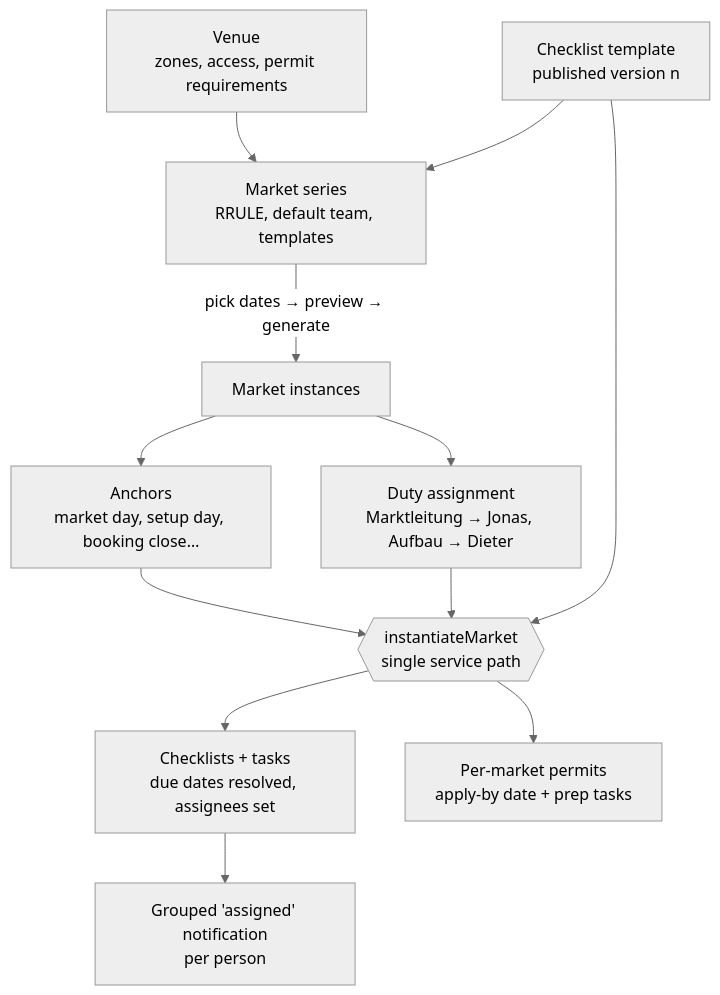
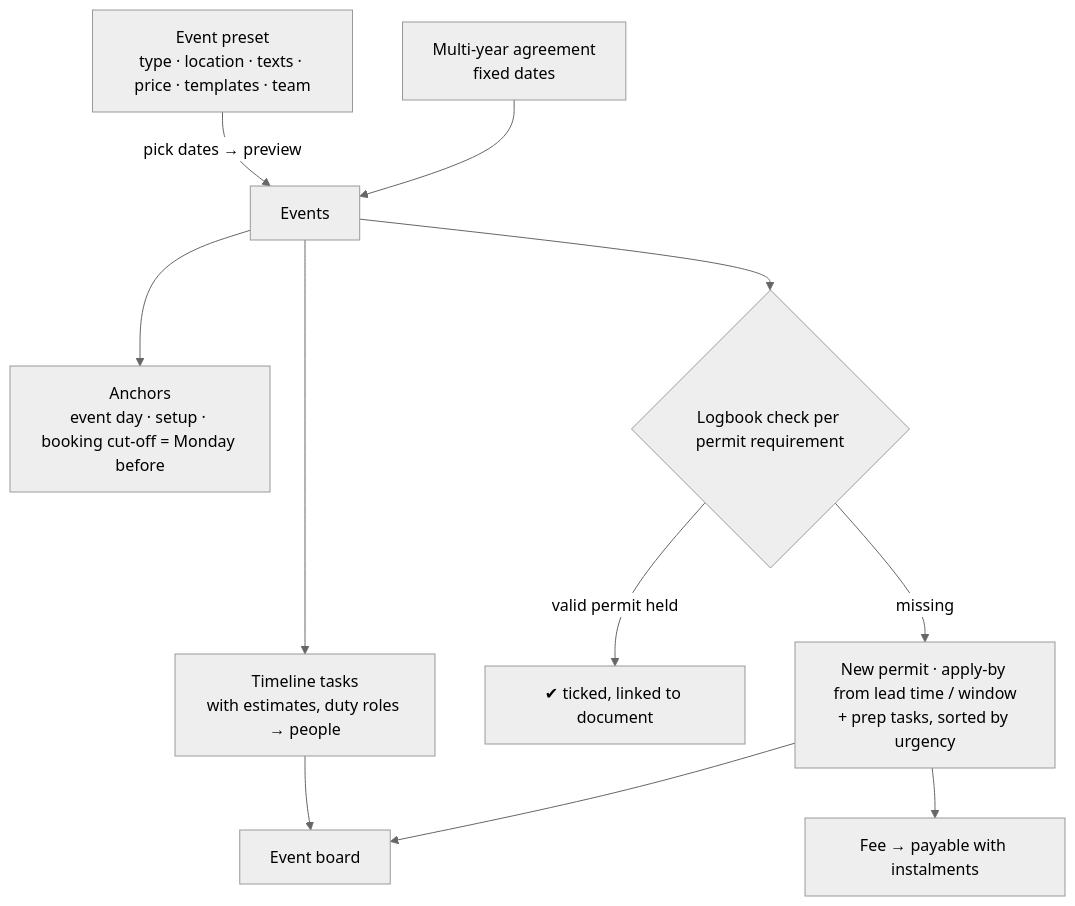
The second of 12 diagrams in docs/product/user-flows.md (coelln-konzept/marktwerk), drawn with Mermaid (neutral theme) before and after one commit. The commit also changed other lines of this file and 36 other files, not shown here.

````diff
--- a/docs/product/user-flows.md
+++ b/docs/product/user-flows.md
@@ -23,12 +28,12 @@
 ```mermaid
 flowchart TD
-    V[Venue<br/>zones, access, permit requirements] --> S[Market series<br/>RRULE, default team, templates]
-    T[Checklist template<br/>published version n] --> S
-    S -->|"pick dates → preview → generate"| M[Market instances]
-    M --> A[Anchors<br/>market day, setup day, booking close…]
-    M --> D[Duty assignment<br/>Marktleitung → Jonas, Aufbau → Dieter]
-    A & D & T --> I{{instantiateMarket<br/>single service path}}
-    I --> K[Checklists + tasks<br/>due dates resolved, assignees set]
-    I --> P[Per-market permits<br/>apply-by date + prep tasks]
-    K --> N[Grouped 'assigned' notification<br/>per person]
+    P[Event preset<br/>type · location · texts · price · templates · team] -->|pick dates → preview| E[Events]
+    A[Multi-year agreement<br/>fixed dates] --> E
+    E --> AN[Anchors<br/>event day · setup · booking cut-off = Monday before]
+    E --> T[Timeline tasks<br/>with estimates, duty roles → people]
+    E --> L{Logbook check per permit requirement}
+    L -->|valid permit held| OK[✔ ticked, linked to document]
+    L -->|missing| NP[New permit · apply-by from lead time / window<br/>+ prep tasks, sorted by urgency]
+    NP --> PAY[Fee → payable with instalments]
+    T & NP --> B[Event board]
 ```
````
